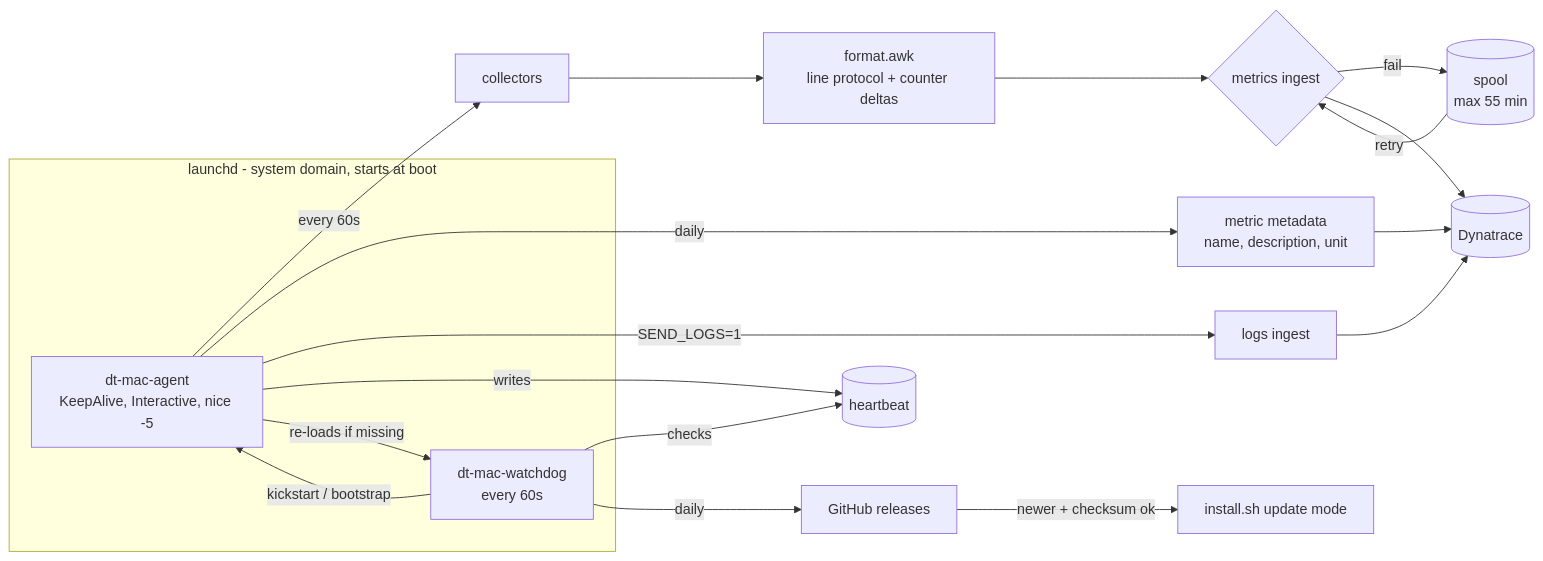
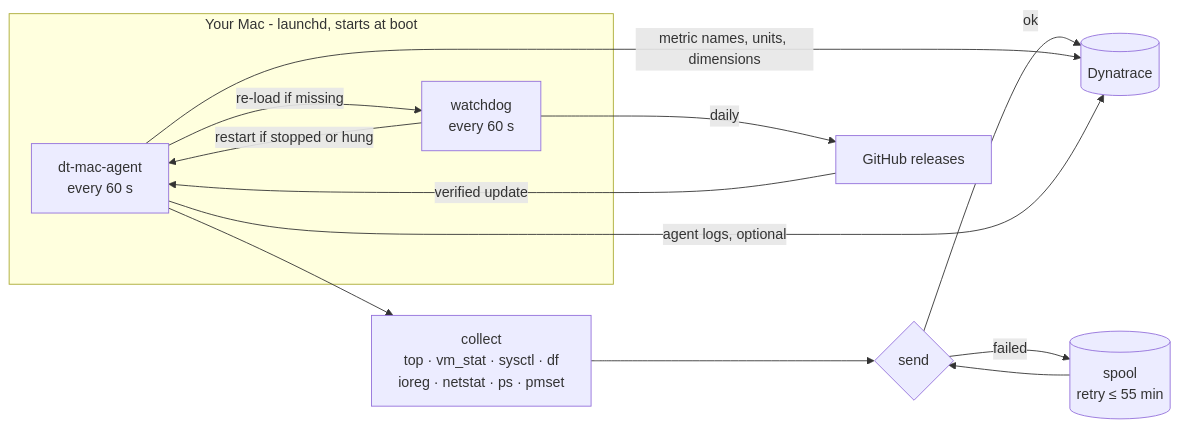
Before and after one commit to theharithsa/dt-mac-agent: the diagram in README.md, drawn with Mermaid. The commit also changed other lines of this file and 2 other files, not shown here.

````diff
--- a/README.md
+++ b/README.md
@@ -134,20 +353,16 @@
 ```mermaid
 flowchart LR
-    subgraph launchd [launchd - system domain, starts at boot]
-        A[dt-mac-agent<br/>KeepAlive, Interactive, nice -5]
-        W[dt-mac-watchdog<br/>every 60s]
+    subgraph mac [Your Mac - launchd, starts at boot]
+        A[dt-mac-agent<br/>every 60 s]
+        W[watchdog<br/>every 60 s]
     end
-    A -- every 60s --> C[collectors]
-    C --> F[format.awk<br/>line protocol + counter deltas]
-    F --> S{metrics ingest}
-    S -- fail --> SP[(spool<br/>max 55 min)]
-    SP -- retry --> S
-    S --> DT[(Dynatrace)]
-    A -- daily --> M[metric metadata<br/>name, description, unit] --> DT
-    A -- SEND_LOGS=1 --> L[logs ingest] --> DT
-    A -- writes --> HB[(heartbeat)]
-    W -- checks --> HB
-    W -- kickstart / bootstrap --> A
-    A -- re-loads if missing --> W
-    W -- daily --> GH[GitHub releases] -- newer + checksum ok --> I[install.sh update mode]
+    A --> C[collect<br/>top · vm_stat · sysctl · df<br/>ioreg · netstat · ps · pmset]
+    C --> S{send}
+    S -- ok --> DT[(Dynatrace)]
+    S -- failed --> SP[(spool<br/>retry ≤ 55 min)] --> S
+    A -- metric names, units, dimensions --> DT
+    A -- agent logs, optional --> DT
+    W -- restart if stopped or hung --> A
+    A -- re-load if missing --> W
+    W -- daily --> GH[GitHub releases] -- verified update --> A
 ```
````
